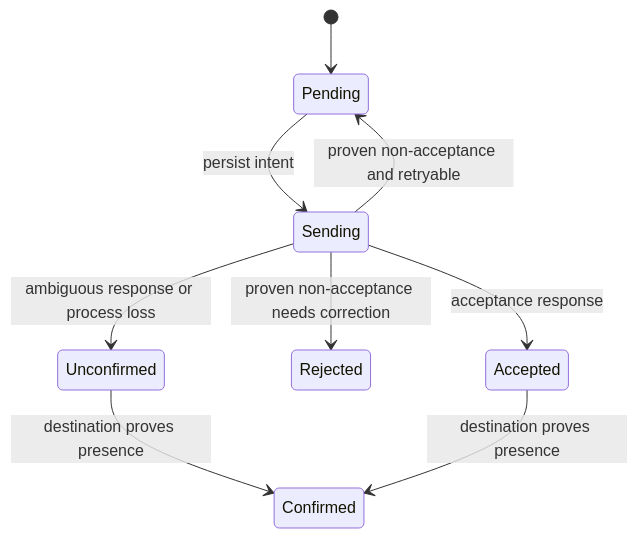
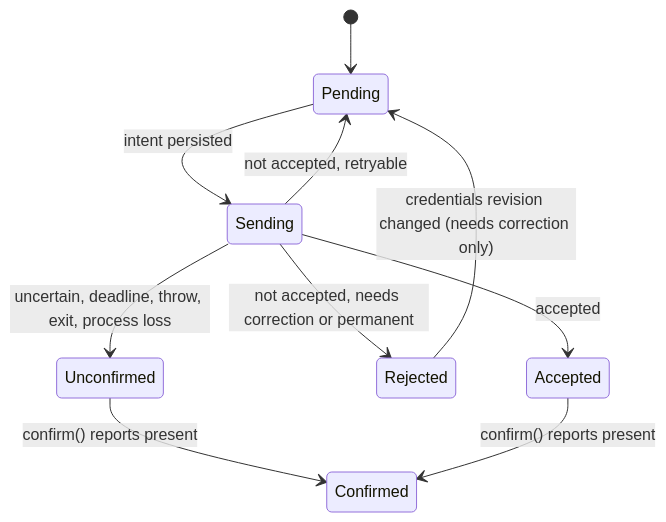
The diagram in docs/plans/reliable-usage-dashboard-and-langfuse-export/07-core-export-coordination-and-delivery-states.md (gandazgul/runwield), drawn with Mermaid before and after one commit. The commit also changed other lines of this file and 2 other files, not shown here.

````diff
--- a/docs/plans/reliable-usage-dashboard-and-langfuse-export/07-core-export-coordination-and-delivery-states.md
+++ b/docs/plans/reliable-usage-dashboard-and-langfuse-export/07-core-export-coordination-and-delivery-states.md
@@ -57,11 +206,12 @@
 ```mermaid
 stateDiagram-v2
     [*] --> Pending
-    Pending --> Sending: persist intent
-    Sending --> Accepted: acceptance response
-    Sending --> Pending: proven non-acceptance and retryable
-    Sending --> Rejected: proven non-acceptance needs correction
-    Sending --> Unconfirmed: ambiguous response or process loss
-    Unconfirmed --> Confirmed: destination proves presence
-    Accepted --> Confirmed: destination proves presence
+    Pending --> Sending: intent persisted
+    Sending --> Accepted: accepted
+    Sending --> Pending: not accepted, retryable
+    Sending --> Rejected: not accepted, needs correction or permanent
+    Sending --> Unconfirmed: uncertain, deadline, throw, exit, process loss
+    Rejected --> Pending: credentials revision changed (needs correction only)
+    Unconfirmed --> Confirmed: confirm() reports present
+    Accepted --> Confirmed: confirm() reports present
 ```
````
